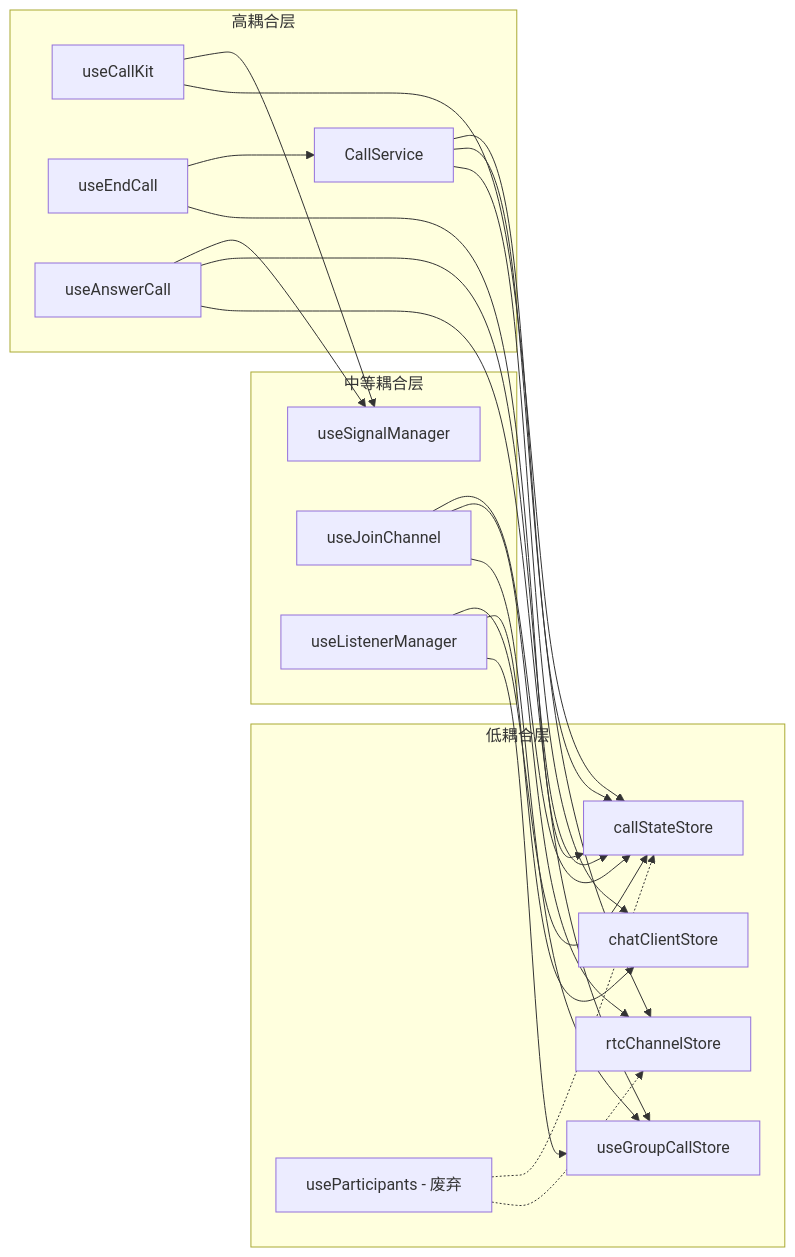
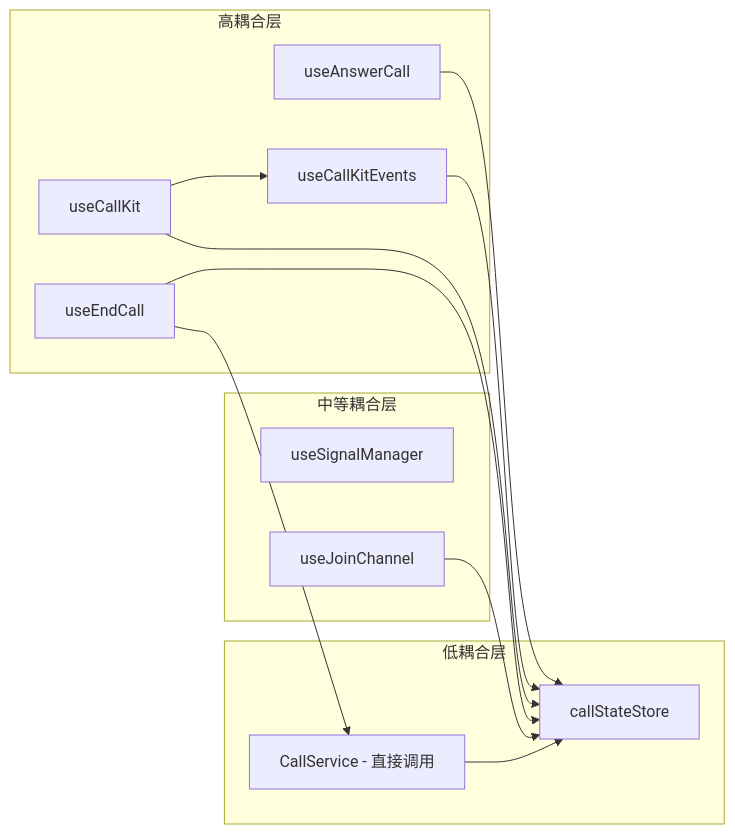
Before and after one commit to Easemob-Community/easemob-uikit-callkit-vue3: the seventh of 8 diagrams in .qoder/repowiki/zh/content/组合式 API/通话控制 API.md, drawn with Mermaid. The commit also changed other lines of this file and 40 other files, not shown here.

````diff
--- a/.qoder/repowiki/zh/content/组合式 API/通话控制 API.md
+++ b/.qoder/repowiki/zh/content/组合式 API/通话控制 API.md
@@ -664,39 +534,25 @@
 ```mermaid
 graph LR
 subgraph "低耦合层"
 CSS[callStateStore]
-CCS[chatClientStore]
-RCS[rtcChannelStore]
-GCS[useGroupCallStore]
-UP[useParticipants - 废弃]
+CS[CallService - 直接调用]
 end
 subgraph "中等耦合层"
 SM[useSignalManager]
 JS[useJoinChannel]
-LM[useListenerManager]
 end
 subgraph "高耦合层"
 CK[useCallKit]
 EC[useEndCall]
 AC[useAnswerCall]
-CSVC[CallService]
+CE[useCallKitEvents]
 end
-CK --> SM
 CK --> CSS
-EC --> CSVC
+CK --> CE
+EC --> CS
 EC --> CSS
-AC --> SM
 AC --> CSS
-AC --> GCS
 JS --> CSS
-JS --> RCS
-JS --> GCS
-LM --> CSS
-LM --> CCS
-LM --> GCS
-CSVC --> CSS
-CSVC --> RCS
-CSVC --> CCS
-UP -.-> CSS
-UP -.-> RCS
+CE --> CSS
+CS --> CSS
 ```
````
